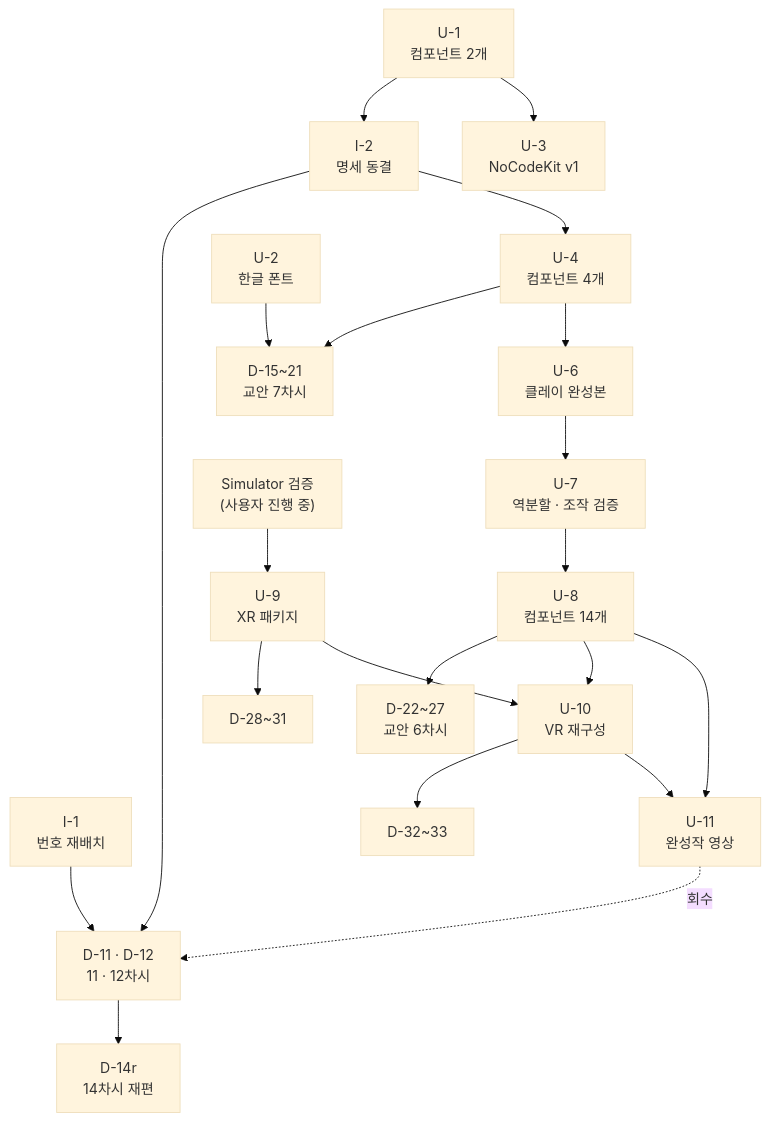
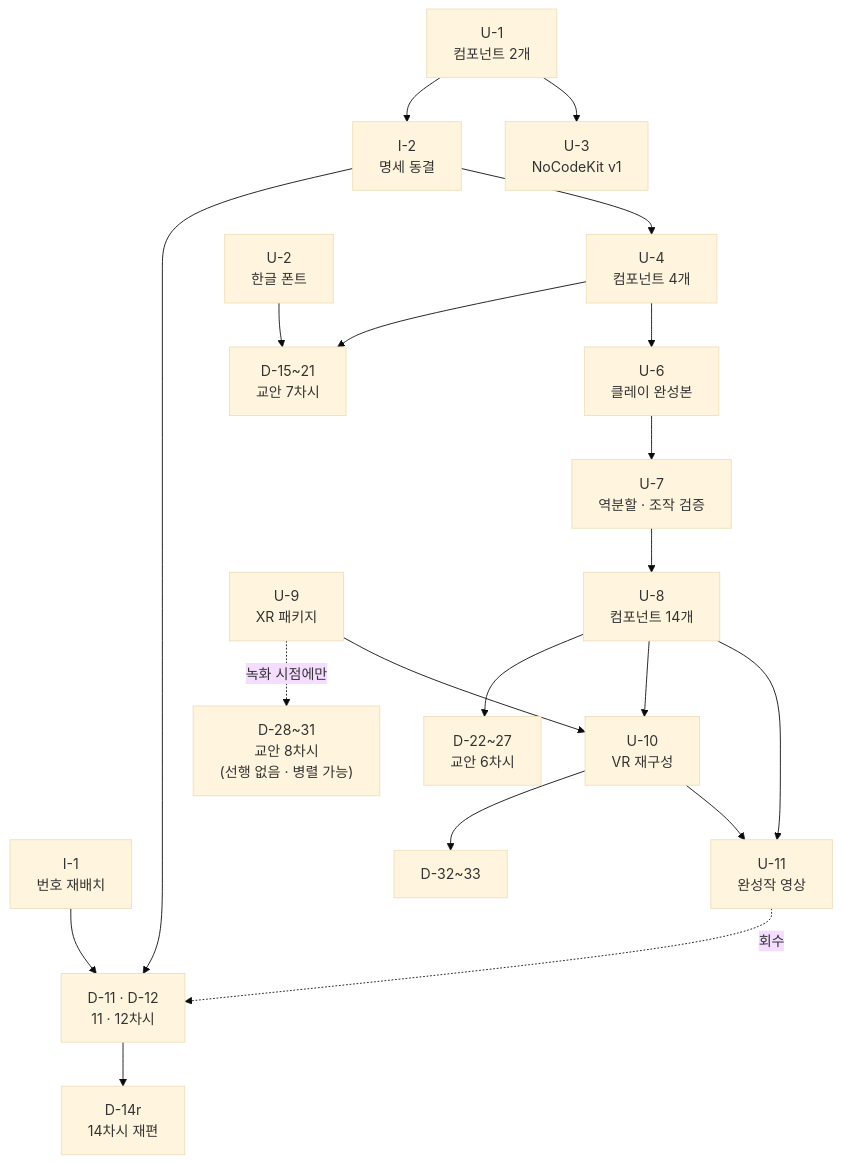
One commit to KooHoo-Dev/kdc-meta-verse-nocode-lecture changed the diagram in plans/03_작업_우선순위.md. Above: the diagram before and after it, drawn with Mermaid (base theme). The commit also changed other lines of this file and 14 other files, not shown here.

````diff
--- a/plans/03_작업_우선순위.md
+++ b/plans/03_작업_우선순위.md
@@ -102,26 +104,26 @@
 ```mermaid
 flowchart TB
     U1["U-1<br/>컴포넌트 2개"] --> I2["I-2<br/>명세 동결"]
     I1["I-1<br/>번호 재배치"] --> D11["D-11 · D-12<br/>11 · 12차시"]
     I2 --> D11
     D11 --> D14["D-14r<br/>14차시 재편"]
     U1 --> U3["U-3<br/>NoCodeKit v1"]
 
     I2 --> U4["U-4<br/>컴포넌트 4개"]
     U4 --> D1521["D-15~21<br/>교안 7차시"]
     U2["U-2<br/>한글 폰트"] --> D1521
 
     U4 --> U6["U-6<br/>클레이 완성본"]
     U6 --> U7["U-7<br/>역분할 · 조작 검증"]
     U7 --> U8["U-8<br/>컴포넌트 14개"]
     U8 --> D2227["D-22~27<br/>교안 6차시"]
 
-    S["Simulator 검증<br/>(사용자 진행 중)"] --> U9["U-9<br/>XR 패키지"]
-    U9 --> D2831["D-28~31"]
+    D2831["D-28~31<br/>교안 8차시<br/>(선행 없음 · 병렬 가능)"]
+    U9["U-9<br/>XR 패키지"] -.녹화 시점에만.-> D2831
     U8 --> U10["U-10<br/>VR 재구성"]
     U9 --> U10
     U10 --> D3233["D-32~33"]
     U8 --> U11["U-11<br/>완성작 영상"]
     U10 --> U11
     U11 -.회수.-> D11
 ```
````
